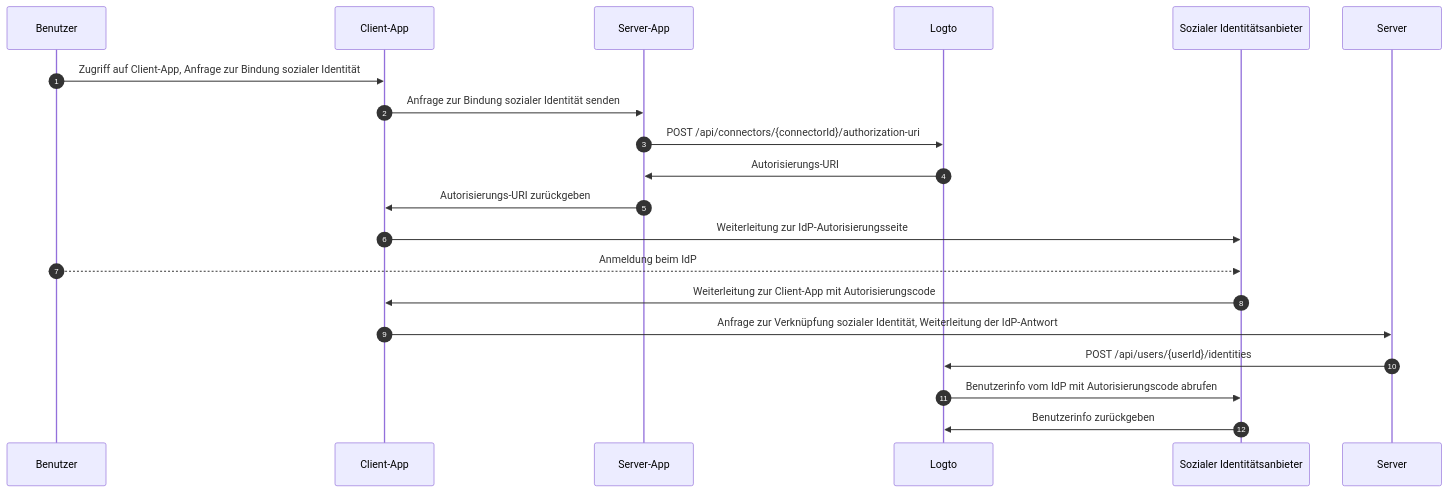
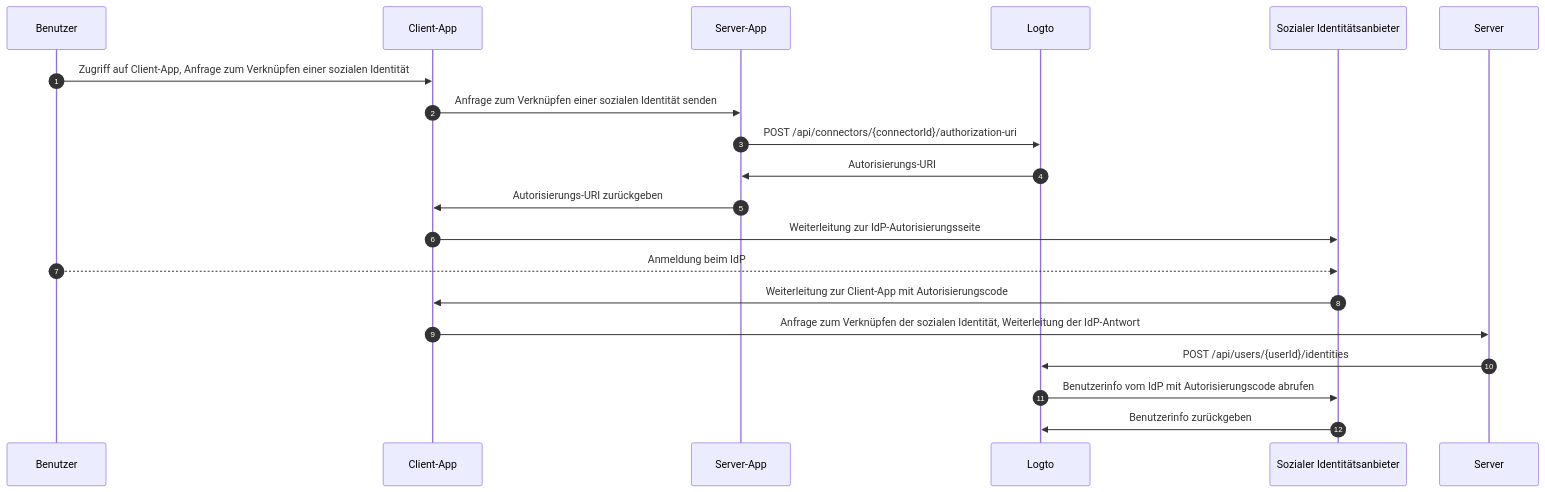
One commit to logto-io/docs changed the third of 3 diagrams in i18n/de/docusaurus-plugin-content-docs/current/end-user-flows/account-settings/by-management-api.mdx. Above: the diagram before and after it, drawn with Mermaid. The commit also changed other lines of this file and 152 other files, not shown here.

````diff
--- a/i18n/de/docusaurus-plugin-content-docs/current/end-user-flows/account-settings/by-management-api.mdx
+++ b/i18n/de/docusaurus-plugin-content-docs/current/end-user-flows/account-settings/by-management-api.mdx
@@ -121,22 +121,22 @@
 ```mermaid
 sequenceDiagram
     autoNumber
     participant User as Benutzer
     participant Client as Client-App
     participant App as Server-App
     participant Logto as Logto
     participant IdP as Sozialer Identitätsanbieter
 
-    User ->> Client: Zugriff auf Client-App, Anfrage zur Bindung sozialer Identität
-    Client ->> App: Anfrage zur Bindung sozialer Identität senden
+    User ->> Client: Zugriff auf Client-App, Anfrage zum Verknüpfen einer sozialen Identität
+    Client ->> App: Anfrage zum Verknüpfen einer sozialen Identität senden
     App ->> Logto: POST /api/connectors/{connectorId}/authorization-uri
     Logto ->> App: Autorisierungs-URI
     App ->> Client: Autorisierungs-URI zurückgeben
     Client ->> IdP: Weiterleitung zur IdP-Autorisierungsseite
     User -->> IdP: Anmeldung beim IdP
     IdP ->> Client: Weiterleitung zur Client-App mit Autorisierungscode
-    Client ->> Server: Anfrage zur Verknüpfung sozialer Identität, Weiterleitung der IdP-Antwort
+    Client ->> Server: Anfrage zum Verknüpfen der sozialen Identität, Weiterleitung der IdP-Antwort
     Server ->> Logto: POST /api/users/{userId}/identities
     Logto ->> IdP: Benutzerinfo vom IdP mit Autorisierungscode abrufen
     IdP ->> Logto: Benutzerinfo zurückgeben
 ```
````
